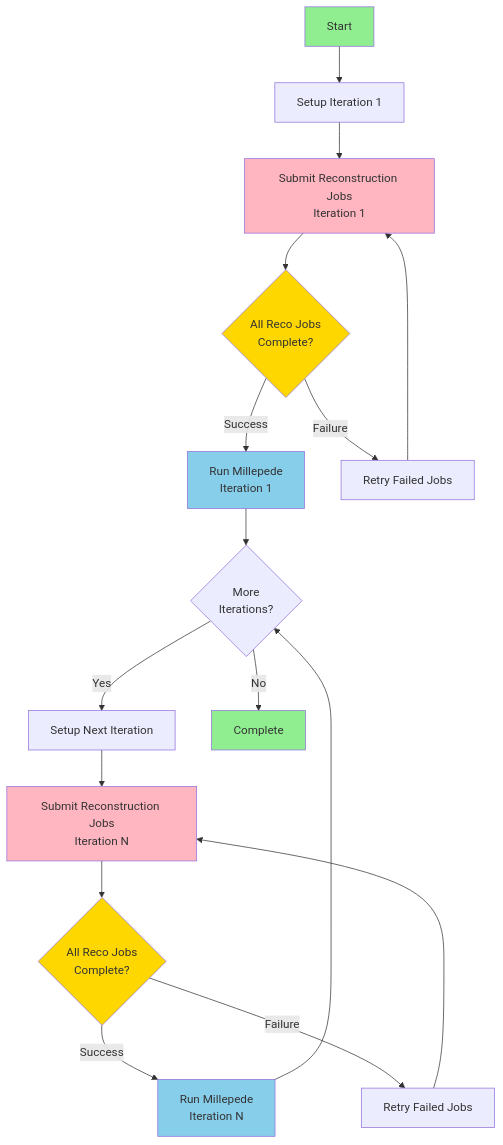
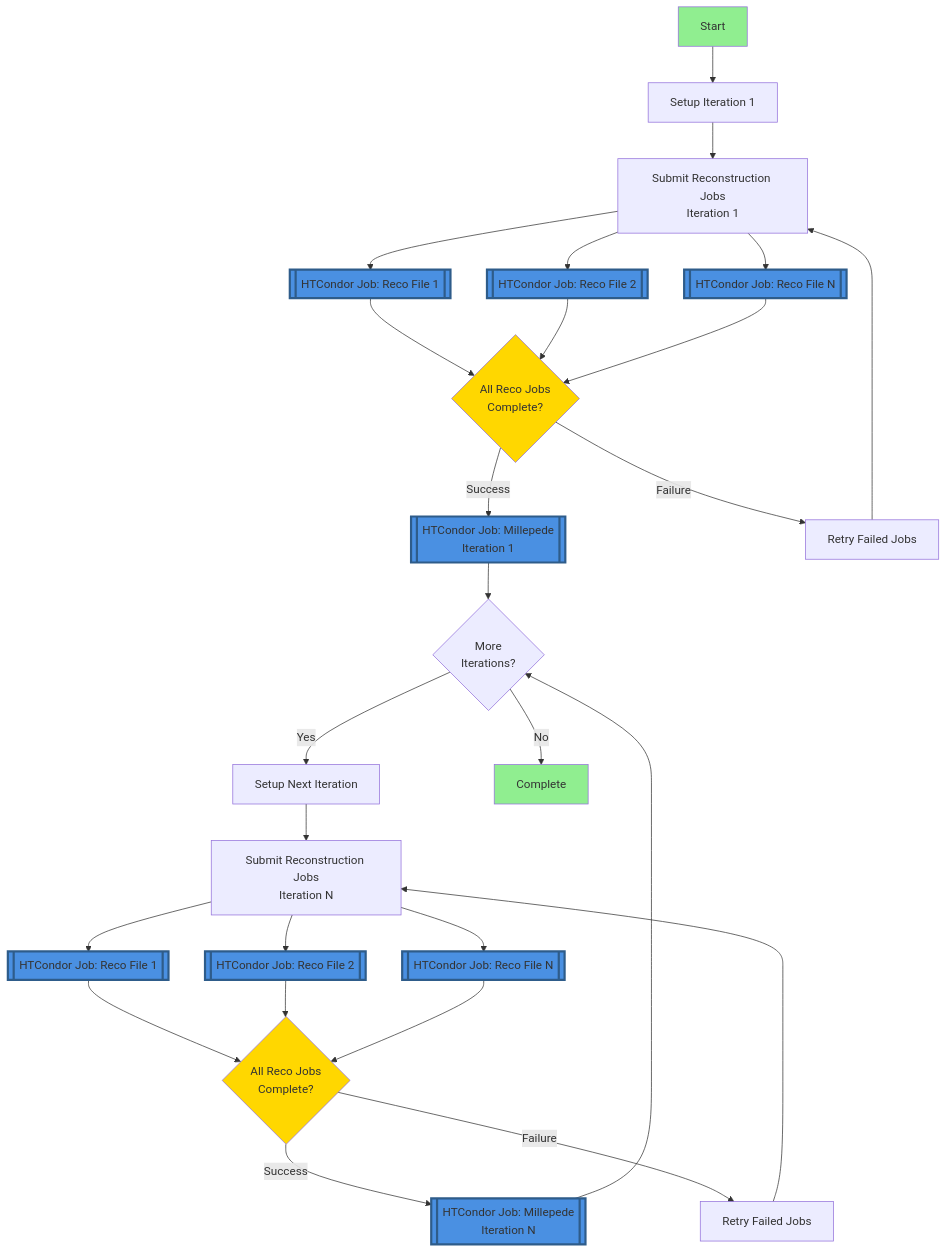
Before and after one commit to shunliang233/alignment: the diagram in README.md, drawn with Mermaid. The commit also changed other lines of this file and 1 other file, not shown here.

Commit message:
Update Mermaid diagram to highlight HTCondor jobs and show file-per-job structure

````diff
--- a/README.md
+++ b/README.md
@@ -176,27 +176,41 @@
 ```mermaid
 graph TD
     A[Start] --> B[Setup Iteration 1]
     B --> C[Submit Reconstruction Jobs<br/>Iteration 1]
-    C --> D{All Reco Jobs<br/>Complete?}
-    D -->|Success| E[Run Millepede<br/>Iteration 1]
+    C --> C1[["HTCondor Job: Reco File 1"]]
+    C --> C2[["HTCondor Job: Reco File 2"]]
+    C --> C3[["HTCondor Job: Reco File N"]]
+    C1 --> D{All Reco Jobs<br/>Complete?}
+    C2 --> D
+    C3 --> D
+    D -->|Success| E[["HTCondor Job: Millepede<br/>Iteration 1"]]
     D -->|Failure| F[Retry Failed Jobs]
     F --> C
     E --> G{More<br/>Iterations?}
     G -->|Yes| H[Setup Next Iteration]
     H --> I[Submit Reconstruction Jobs<br/>Iteration N]
-    I --> J{All Reco Jobs<br/>Complete?}
-    J -->|Success| K[Run Millepede<br/>Iteration N]
+    I --> I1[["HTCondor Job: Reco File 1"]]
+    I --> I2[["HTCondor Job: Reco File 2"]]
+    I --> I3[["HTCondor Job: Reco File N"]]
+    I1 --> J{All Reco Jobs<br/>Complete?}
+    I2 --> J
+    I3 --> J
+    J -->|Success| K[["HTCondor Job: Millepede<br/>Iteration N"]]
     J -->|Failure| L[Retry Failed Jobs]
     L --> I
     K --> G
     G -->|No| M[Complete]
     
     style A fill:#90EE90
     style M fill:#90EE90
-    style E fill:#87CEEB
-    style K fill:#87CEEB
-    style C fill:#FFB6C1
-    style I fill:#FFB6C1
+    style C1 fill:#4A90E2,stroke:#2E5C8A,stroke-width:3px
+    style C2 fill:#4A90E2,stroke:#2E5C8A,stroke-width:3px
+    style C3 fill:#4A90E2,stroke:#2E5C8A,stroke-width:3px
+    style E fill:#4A90E2,stroke:#2E5C8A,stroke-width:3px
+    style I1 fill:#4A90E2,stroke:#2E5C8A,stroke-width:3px
+    style I2 fill:#4A90E2,stroke:#2E5C8A,stroke-width:3px
+    style I3 fill:#4A90E2,stroke:#2E5C8A,stroke-width:3px
+    style K fill:#4A90E2,stroke:#2E5C8A,stroke-width:3px
     style D fill:#FFD700
     style J fill:#FFD700
 ```
````
